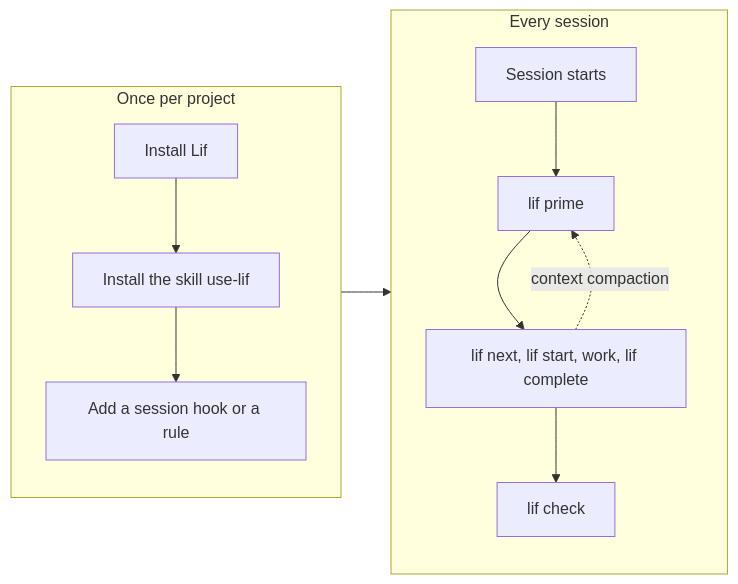
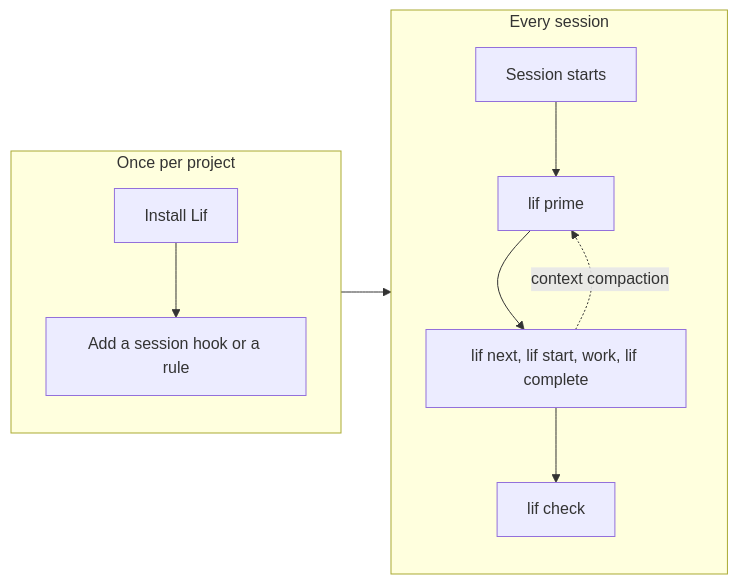
The diagram in wiki/pages/overview/agent-onboarding.md (rierek/lif), drawn with Mermaid before and after one commit. The commit also changed other lines of this file and 1 other file, not shown here.

Commit message:
docs(beans-xb2q): drop shipped skill claim (D58)

````diff
--- a/wiki/pages/overview/agent-onboarding.md
+++ b/wiki/pages/overview/agent-onboarding.md
@@ -23,18 +23,16 @@
 ```mermaid
 flowchart LR
     subgraph setup ["Once per project"]
         direction TB
-        install["Install Lif"] --> skill["Install the skill use-lif"]
-        %% TODO: verify where the skill ships and how it is installed (it is not part of this repository)
-        skill --> wire["Add a session hook or a rule"]
+        install["Install Lif"] --> wire["Add a session hook or a rule"]
         %% TODO: verify the Claude Code rule in .claude/rules/ (the hook is documented in wiki/agent-integration.md)
     end
     subgraph session ["Every session"]
         direction TB
         start["Session starts"] --> prime["lif prime"]
         prime --> work["lif next, lif start, work, lif complete"]
         work --> check["lif check"]
     end
     setup --> session
     work -.->|"context compaction"| prime
 ```
````
